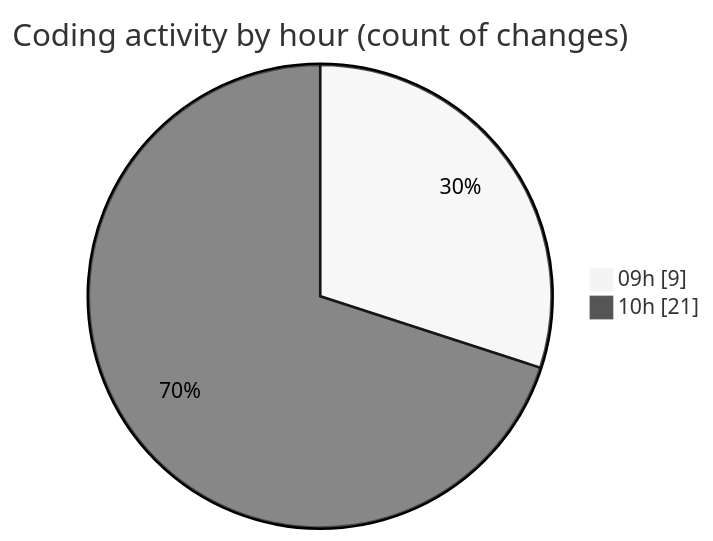
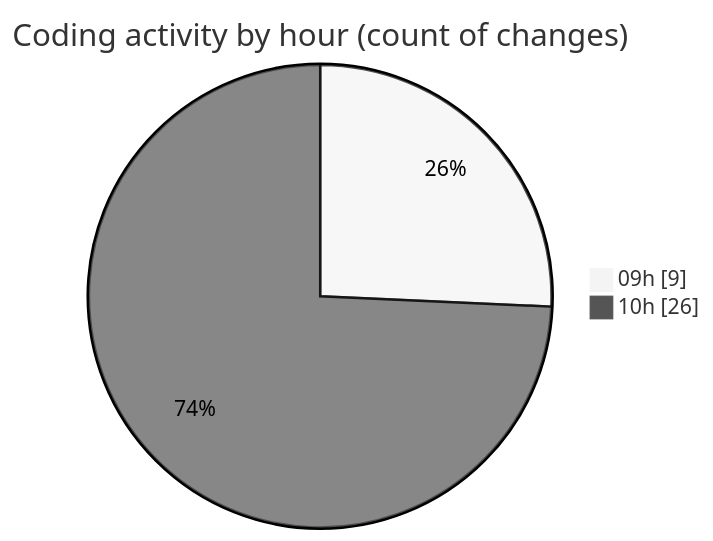
Before and after one commit to BS-eng2023/code-tracking: the second of 2 diagrams in 2025-05-08/react/README.md, drawn with Mermaid (neutral theme). The commit also changed other lines of this file and 1 other file, not shown here.

````diff
--- a/2025-05-08/react/README.md
+++ b/2025-05-08/react/README.md
@@ -38,6 +40,6 @@
 ```mermaid
 pie showData
 title Coding activity by hour (count of changes)
 "09h" : 9
-"10h" : 21
+"10h" : 26
 ```
````
